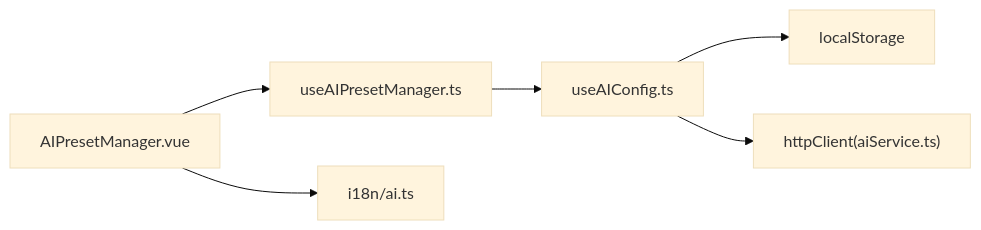
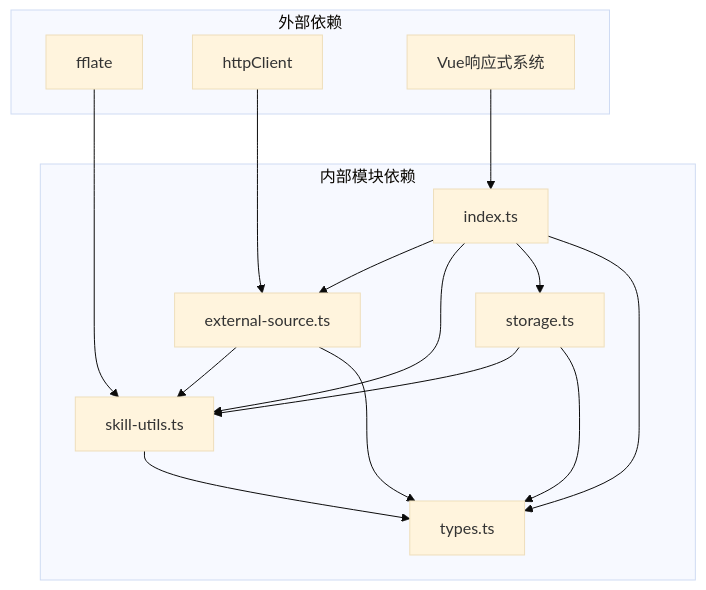
Before and after one commit to xixixiaoyu/Todo: the fifth of 5 diagrams in .qoder/repowiki/zh/content/核心模块/AI助手系统/预设配置.md, drawn with Mermaid (base theme). The commit also changed other lines of this file and 5 other files, not shown here.

````diff
--- a/.qoder/repowiki/zh/content/核心模块/AI助手系统/预设配置.md
+++ b/.qoder/repowiki/zh/content/核心模块/AI助手系统/预设配置.md
@@ -332,8 +444,19 @@
 ```mermaid
-graph LR
-PM["AIPresetManager.vue"] --> UPM["useAIPresetManager.ts"]
-UPM --> UAC["useAIConfig.ts"]
-UAC --> LS["localStorage"]
-PM --> I18N["i18n/ai.ts"]
-UAC --> HTTP["httpClient(aiService.ts)"]
+graph TD
+subgraph "内部模块依赖"
+Index["index.ts"] --> External["external-source.ts"]
+Index --> Utils["skill-utils.ts"]
+Index --> Storage["storage.ts"]
+Index --> Types["types.ts"]
+External --> Utils
+Storage --> Utils
+External --> Types
+Storage --> Types
+Utils --> Types
+end
+subgraph "外部依赖"
+FFlate["fflate"] --> Utils
+HttpClient["httpClient"] --> External
+Vue["Vue响应式系统"] --> Index
+end
 ```
````
